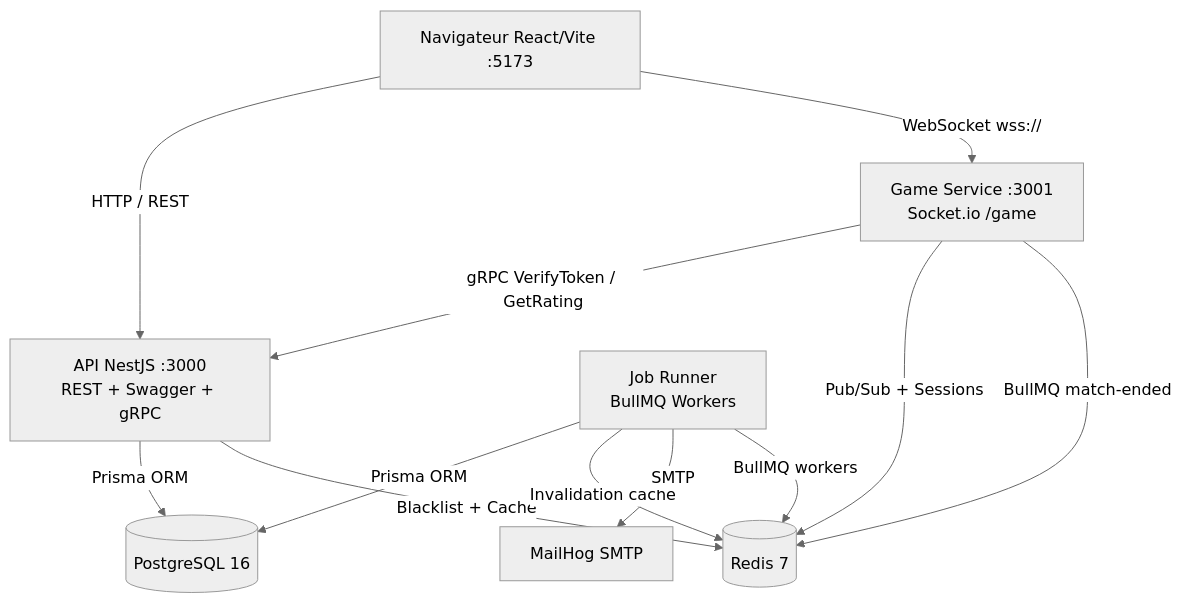
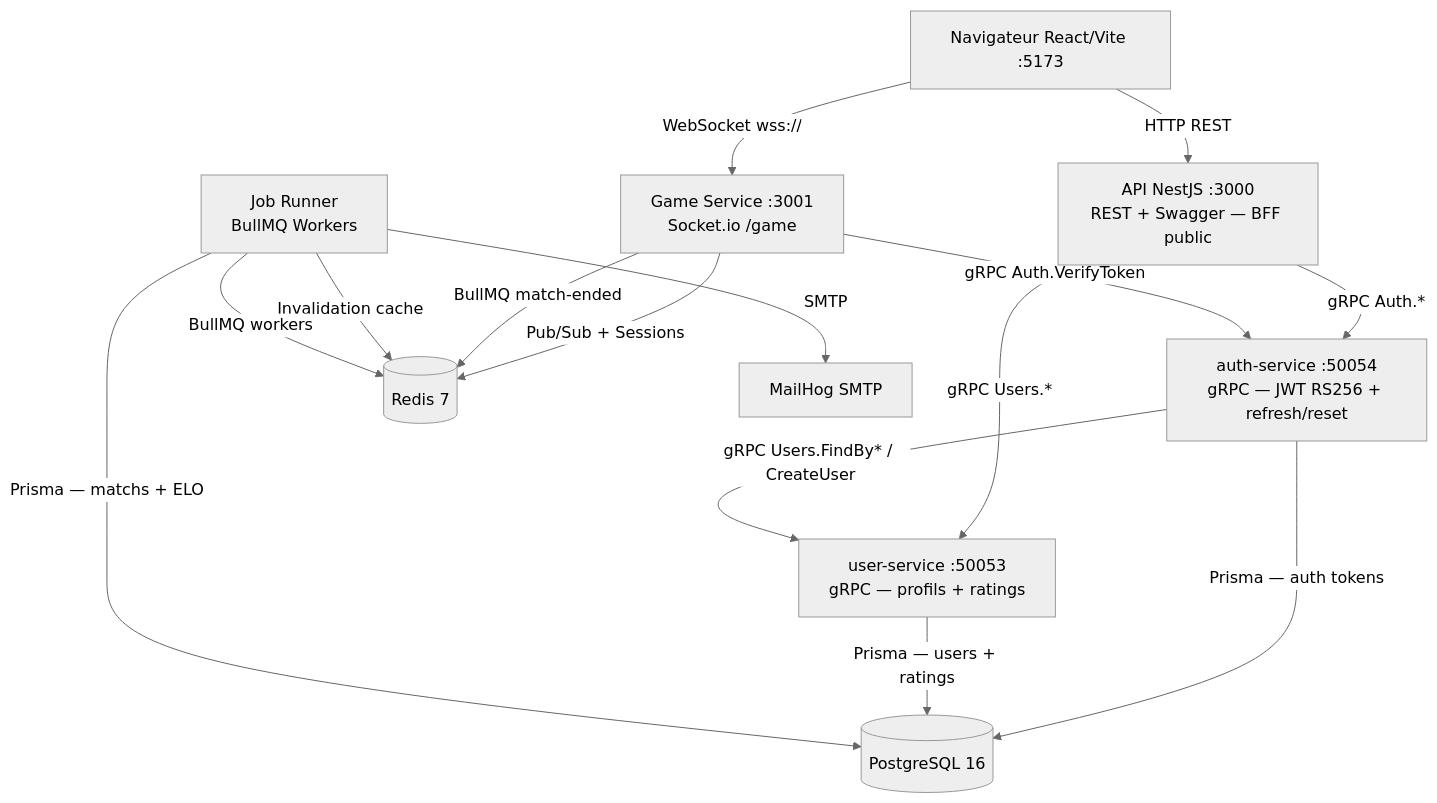
The first of 7 diagrams in docs/slides.md (Team-3-Ynov/Chifoumi), drawn with Mermaid (neutral theme) before and after one commit. The commit also changed other lines of this file, not shown here.

First line of the commit message:
docs(docs): update slides to reflect 6-service architecture

````diff
--- a/docs/slides.md
+++ b/docs/slides.md
@@ -89,22 +89,27 @@
-```mermaid {scale: 0.72}
+```mermaid {scale: 0.62}
 graph TD
   Browser["Navigateur React/Vite :5173"]
-  API["API NestJS :3000<br/>REST + Swagger + gRPC"]
+  API["API NestJS :3000<br/>REST + Swagger — BFF public"]
+  AS["auth-service :50054<br/>gRPC — JWT RS256 + refresh/reset"]
+  US["user-service :50053<br/>gRPC — profils + ratings"]
   GS["Game Service :3001<br/>Socket.io /game"]
   JR["Job Runner<br/>BullMQ Workers"]
   PG[("PostgreSQL 16")]
   RD[("Redis 7")]
   MH["MailHog SMTP"]
 
-  Browser -->|"HTTP / REST"| API
+  Browser -->|"HTTP REST"| API
   Browser -->|"WebSocket wss://"| GS
-  GS -->|"gRPC VerifyToken / GetRating"| API
+  API -->|"gRPC Auth.*"| AS
+  API -->|"gRPC Users.*"| US
+  AS -->|"gRPC Users.FindBy* / CreateUser"| US
+  GS -->|"gRPC Auth.VerifyToken"| AS
   GS -->|"Pub/Sub + Sessions"| RD
-  API -->|"Prisma ORM"| PG
-  API -->|"Blacklist + Cache"| RD
-  JR -->|"Prisma ORM"| PG
+  GS -->|"BullMQ match-ended"| RD
+  AS -->|"Prisma — auth tokens"| PG
+  US -->|"Prisma — users + ratings"| PG
+  JR -->|"Prisma — matchs + ELO"| PG
   JR -->|"Invalidation cache"| RD
   JR -->|"SMTP"| MH
-  GS -->|"BullMQ match-ended"| RD
   JR -->|"BullMQ workers"| RD
 ```
````
